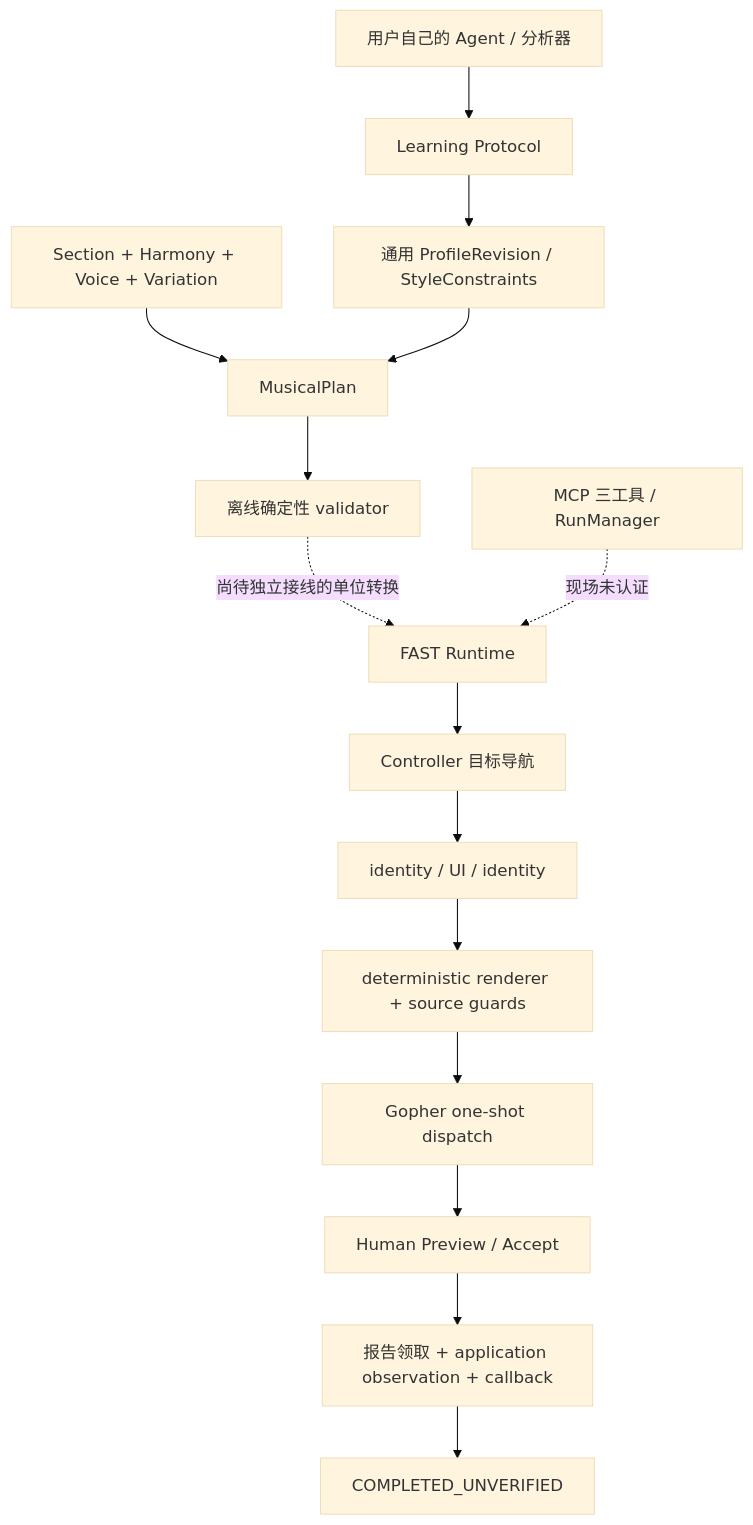
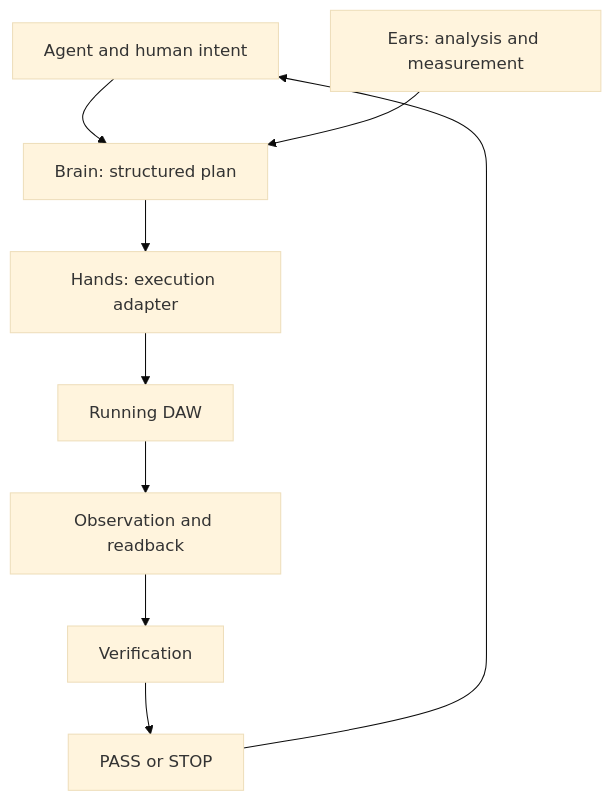
The diagram in docs/ARCHITECTURE.md (ryurikoneko/DAWLoop), drawn with Mermaid (base theme) before and after one commit. The commit also changed other lines of this file and 31 other files, not shown here.

````diff
--- a/docs/ARCHITECTURE.md
+++ b/docs/ARCHITECTURE.md
@@ -11,17 +15,11 @@
 ```mermaid
 flowchart TD
-    A[用户自己的 Agent / 分析器] --> L[Learning Protocol]
-    L --> P[通用 ProfileRevision / StyleConstraints]
-    B[Section + Harmony + Voice + Variation] --> M[MusicalPlan]
-    P --> M
-    M --> V[离线确定性 validator]
-    V -. 尚待独立接线的单位转换 .-> F[FAST Runtime]
-    C[MCP 三工具 / RunManager] -. 现场未认证 .-> F
-    F --> N[Controller 目标导航]
-    N --> O[identity / UI / identity]
-    O --> R[deterministic renderer + source guards]
-    R --> G[Gopher one-shot dispatch]
-    G --> H[Human Preview / Accept]
-    H --> E[报告领取 + application observation + callback]
-    E --> U[COMPLETED_UNVERIFIED]
+    A[Agent and human intent] --> B[Brain: structured plan]
+    E[Ears: analysis and measurement] --> B
+    B --> H[Hands: execution adapter]
+    H --> D[Running DAW]
+    D --> O[Observation and readback]
+    O --> V[Verification]
+    V --> R[PASS or STOP]
+    R --> A
 ```
````
